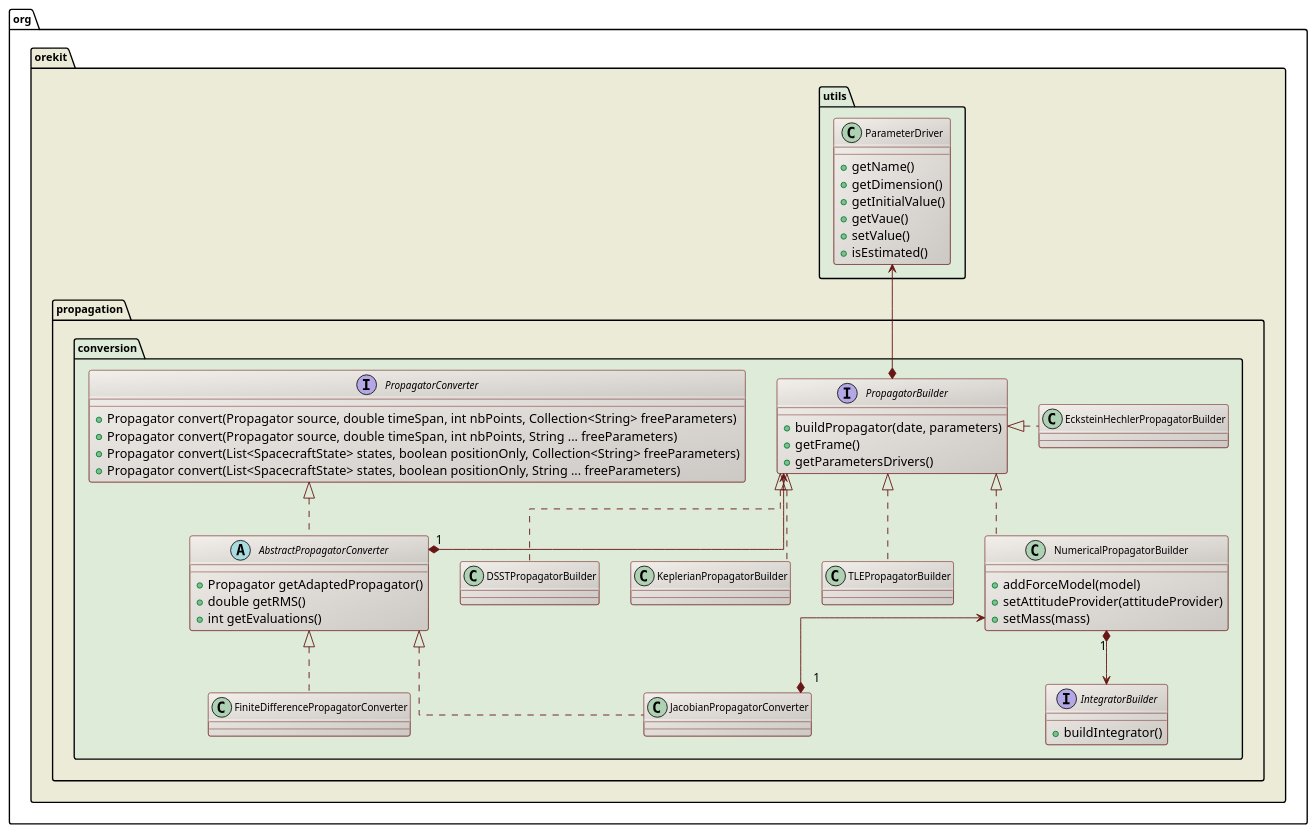
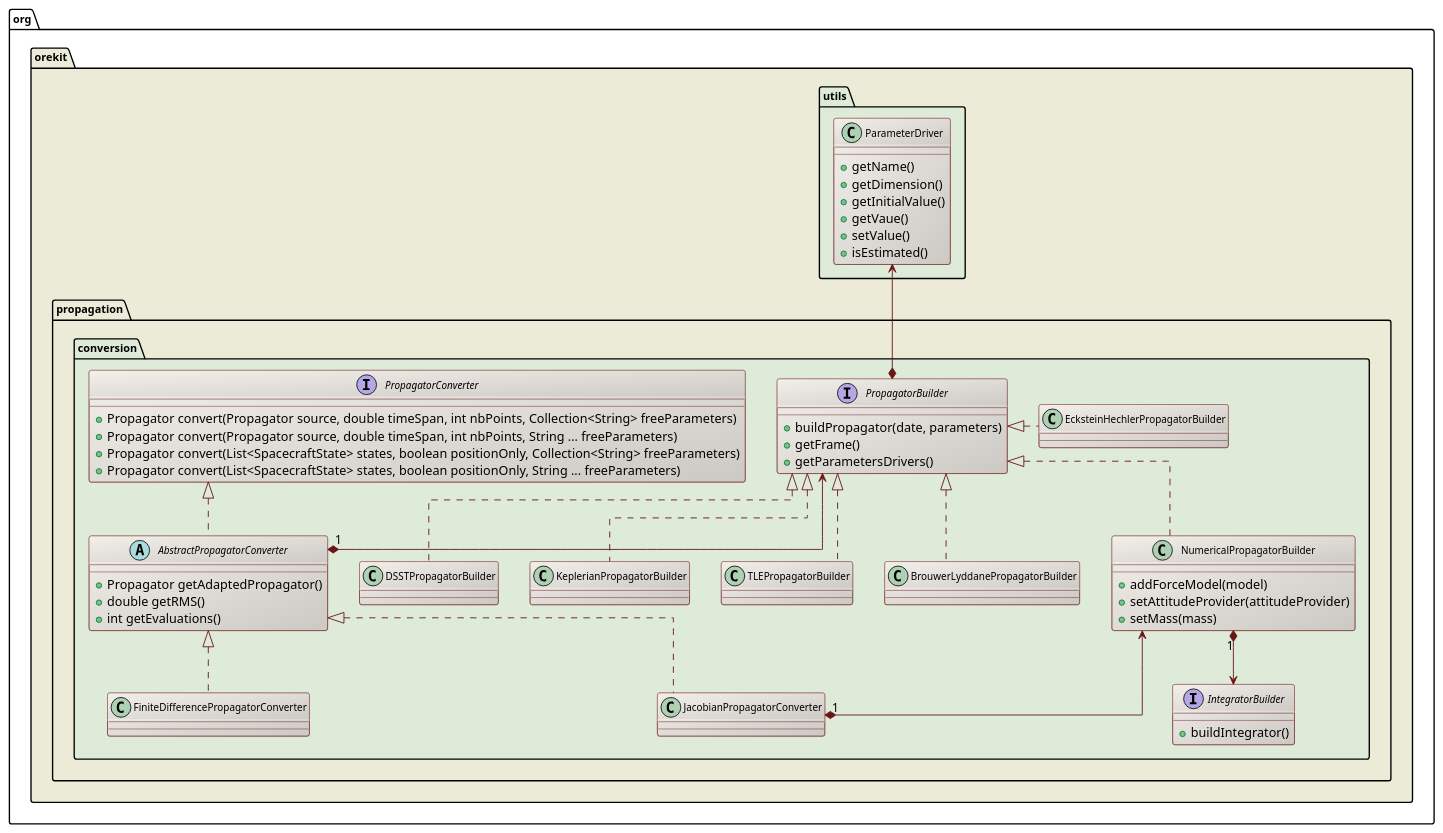
The diagram in src/design/propagator-conversion-class-diagram.puml (CS-SI/Orekit), drawn with PlantUML before and after one commit. The commit also changed 3 other files, not shown here.

Commit message:
Updated documentation with addition of Brouwer-Lyddane model.

```diff
--- a/src/design/propagator-conversion-class-diagram.puml
+++ b/src/design/propagator-conversion-class-diagram.puml
@@ -17,86 +17,88 @@
 @startuml
 
   skinparam svek                  true
   skinparam ClassBackgroundColor  #F3EFEB/CCC9C5
   skinparam ClassArrowColor       #691616
   skinparam ClassBorderColor      #691616
   skinparam NoteBackgroundColor   #F3EFEB
   skinparam NoteBorderColor       #691616
   skinparam NoteFontColor         #691616
   skinparam ClassFontSize         11
   skinparam PackageFontSize       12
   skinparam linetype              ortho
 
   package org.orekit #ECEBD8 {
     package utils #DDEBD8 {
       class ParameterDriver {
         +getName()
         +getDimension()
         +getInitialValue()
         +getVaue()
         +setValue()
         +isEstimated()
       }
     }
 
     package propagation.conversion #DDEBD8 {
 
       interface PropagatorBuilder {
         +buildPropagator(date, parameters)
         +getFrame()
         +getParametersDrivers()
       }
 
       class NumericalPropagatorBuilder {
         +addForceModel(model)
         +setAttitudeProvider(attitudeProvider)
         +setMass(mass)
       }
 
       class DSSTPropagatorBuilder
       class KeplerianPropagatorBuilder
       class TLEPropagatorBuilder
       class EcksteinHechlerPropagatorBuilder
+      class BrouwerLyddanePropagatorBuilder
 
       interface PropagatorConverter {
         +Propagator convert(Propagator source, double timeSpan, int nbPoints, Collection<String> freeParameters)
         +Propagator convert(Propagator source, double timeSpan, int nbPoints, String ... freeParameters)
         +Propagator convert(List<SpacecraftState> states, boolean positionOnly, Collection<String> freeParameters)
         +Propagator convert(List<SpacecraftState> states, boolean positionOnly, String ... freeParameters)
       }
 
       abstract class AbstractPropagatorConverter {
         +Propagator getAdaptedPropagator()
         +double getRMS()
         +int getEvaluations()
       }
 
       class FiniteDifferencePropagatorConverter
       class JacobianPropagatorConverter
 
       interface IntegratorBuilder {
         +buildIntegrator()
       }
 
       NumericalPropagatorBuilder <-* "1" JacobianPropagatorConverter
 
       NumericalPropagatorBuilder "1" *--> IntegratorBuilder
 
       ParameterDriver  <--* PropagatorBuilder
       PropagatorBuilder <|.. NumericalPropagatorBuilder
       PropagatorBuilder <|.. KeplerianPropagatorBuilder
       PropagatorBuilder <|.. TLEPropagatorBuilder
       PropagatorBuilder <|.. DSSTPropagatorBuilder
+      PropagatorBuilder <|.. BrouwerLyddanePropagatorBuilder
       PropagatorBuilder <|.right. EcksteinHechlerPropagatorBuilder
 
       PropagatorConverter <|.. AbstractPropagatorConverter
       AbstractPropagatorConverter <|.. JacobianPropagatorConverter
       AbstractPropagatorConverter <|.. FiniteDifferencePropagatorConverter
 
       PropagatorBuilder <--* "1" AbstractPropagatorConverter
 
     }
   }
 
 
 @enduml
```
